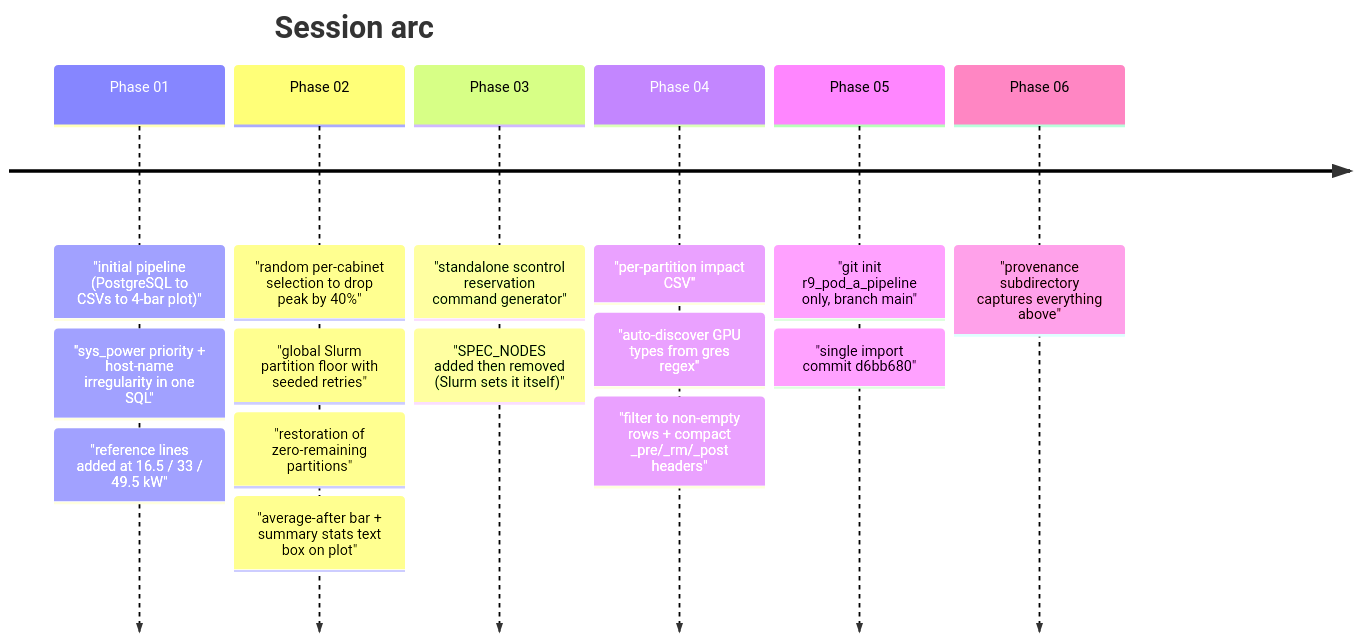
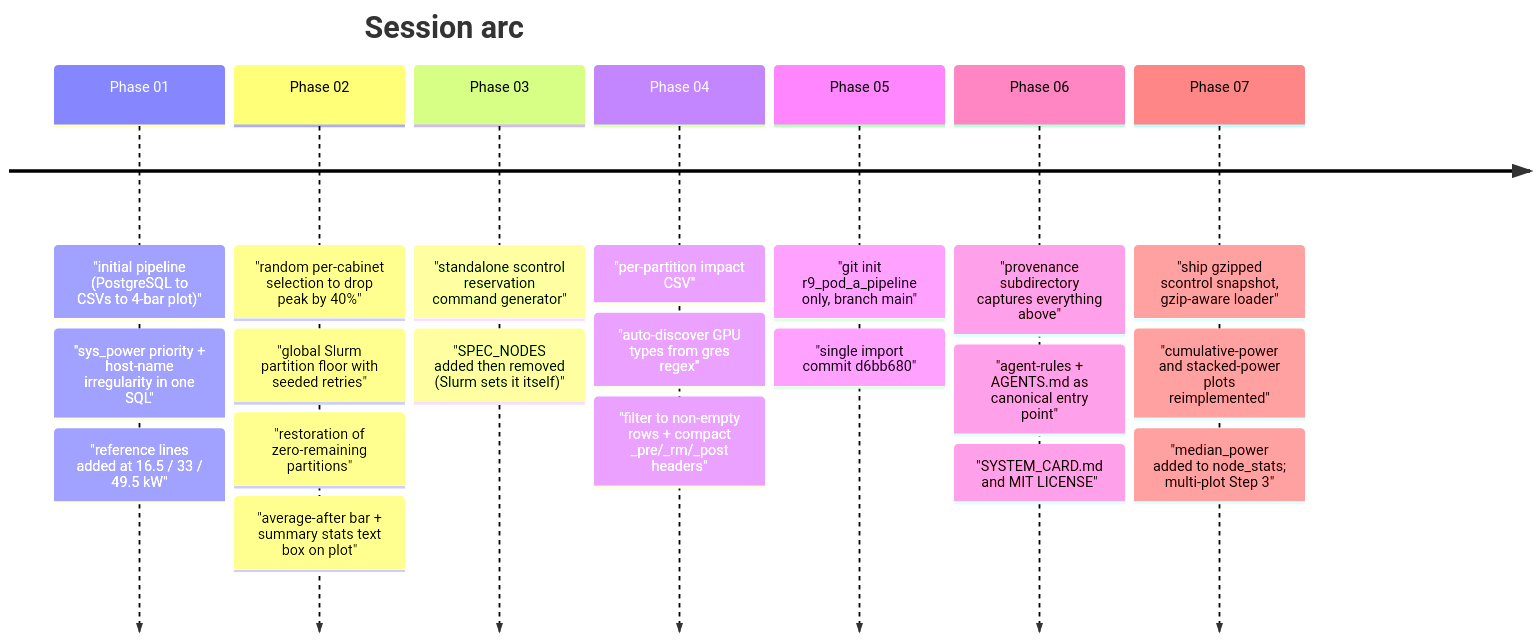
Before and after one commit to mit-orcd/power_reduce_planner: the diagram in provenance/TIMELINE.md, drawn with Mermaid. The commit also changed other lines of this file and 24 other files, not shown here.

```diff
--- a/provenance/TIMELINE.md
+++ b/provenance/TIMELINE.md
@@ -17,19 +18,24 @@
 ~~~mermaid
 timeline
     title Session arc
     Phase 01 : "initial pipeline (PostgreSQL to CSVs to 4-bar plot)"
              : "sys_power priority + host-name irregularity in one SQL"
              : "reference lines added at 16.5 / 33 / 49.5 kW"
     Phase 02 : "random per-cabinet selection to drop peak by 40%"
              : "global Slurm partition floor with seeded retries"
              : "restoration of zero-remaining partitions"
              : "average-after bar + summary stats text box on plot"
     Phase 03 : "standalone scontrol reservation command generator"
              : "SPEC_NODES added then removed (Slurm sets it itself)"
     Phase 04 : "per-partition impact CSV"
              : "auto-discover GPU types from gres regex"
              : "filter to non-empty rows + compact _pre/_rm/_post headers"
     Phase 05 : "git init r9_pod_a_pipeline only, branch main"
              : "single import commit d6bb680"
     Phase 06 : "provenance subdirectory captures everything above"
+             : "agent-rules + AGENTS.md as canonical entry point"
+             : "SYSTEM_CARD.md and MIT LICENSE"
+    Phase 07 : "ship gzipped scontrol snapshot, gzip-aware loader"
+             : "cumulative-power and stacked-power plots reimplemented"
+             : "median_power added to node_stats; multi-plot Step 3"
 ~~~
```
